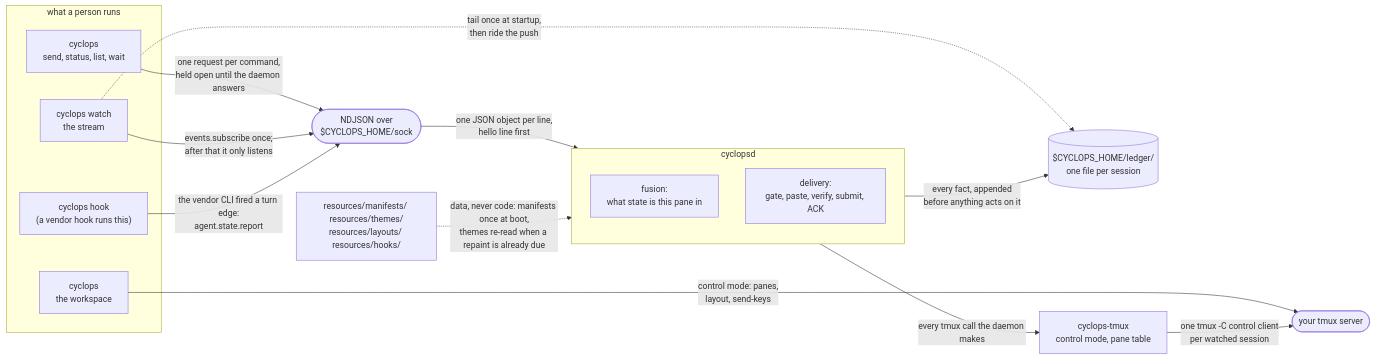
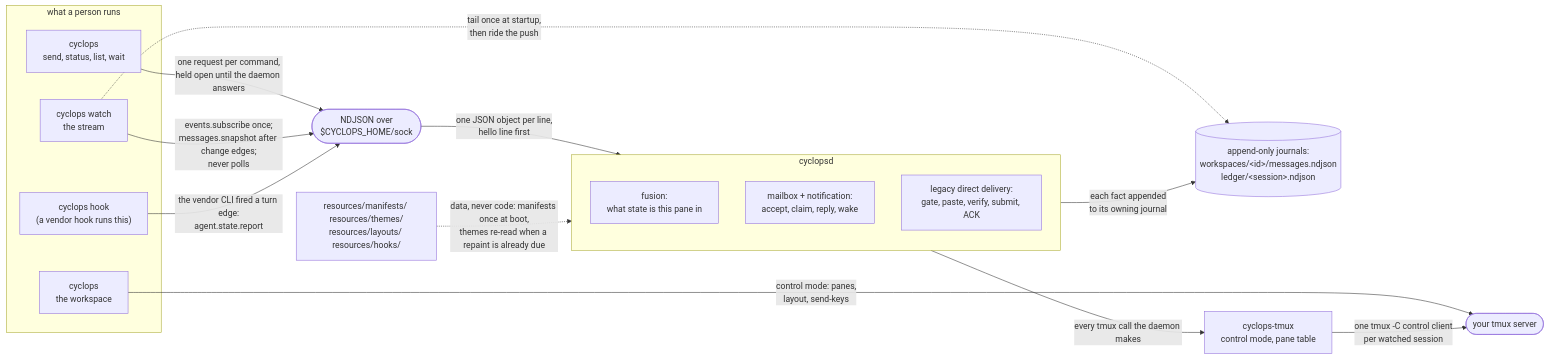
Before and after one commit to cyclops-team/cyclops: the diagram in docs/development/HANDOFF.md, drawn with Mermaid. The commit also changed other lines of this file and 173 other files, not shown here.

````diff
--- a/docs/development/HANDOFF.md
+++ b/docs/development/HANDOFF.md
@@ -15,28 +22,29 @@
 ```mermaid
 flowchart LR
     subgraph clients["what a person runs"]
       cli["cyclops<br/>send, status, list, wait"]
       ui["cyclops watch<br/>the stream"]
       ws["cyclops<br/>the workspace"]
       hk["cyclops hook<br/>(a vendor hook runs this)"]
     end
     subgraph daemon["cyclopsd"]
       fus["fusion:<br/>what state is this pane in"]
-      del["delivery:<br/>gate, paste, verify, submit, ACK"]
+      del["mailbox + notification:<br/>accept, claim, reply, wake"]
+      legacy["legacy direct delivery:<br/>gate, paste, verify, submit, ACK"]
     end
     sock(["NDJSON over<br/>$CYCLOPS_HOME/sock"])
-    led[("$CYCLOPS_HOME/ledger/<br/>one file per session")]
+    led[("append-only journals:<br/>workspaces/&lt;id&gt;/messages.ndjson<br/>ledger/&lt;session&gt;.ndjson")]
     ad["cyclops-tmux<br/>control mode, pane table"]
     tmux(["your tmux server"])
     data["resources/manifests/ resources/themes/<br/>resources/layouts/ resources/hooks/"]
     cli -->|"one request per command,<br/>held open until the daemon answers"| sock
     ws -->|"control mode: panes,<br/>layout, send-keys"| tmux
-    ui -->|"events.subscribe once;<br/>after that it only listens"| sock
+    ui -->|"events.subscribe once;<br/>messages.snapshot after change edges;<br/>never polls"| sock
     hk -->|"the vendor CLI fired a turn edge:<br/>agent.state.report"| sock
     sock -->|"one JSON object per line,<br/>hello line first"| daemon
     daemon -->|"every tmux call the daemon makes"| ad
     ad -->|"one tmux -C control client<br/>per watched session"| tmux
-    daemon -->|"every fact, appended<br/>before anything acts on it"| led
+    daemon -->|"each fact appended<br/>to its owning journal"| led
     ui -.->|"tail once at startup,<br/>then ride the push"| led
     data -.->|"data, never code: manifests once at boot,<br/>themes re-read when a repaint is already due"| daemon
 ```
````
